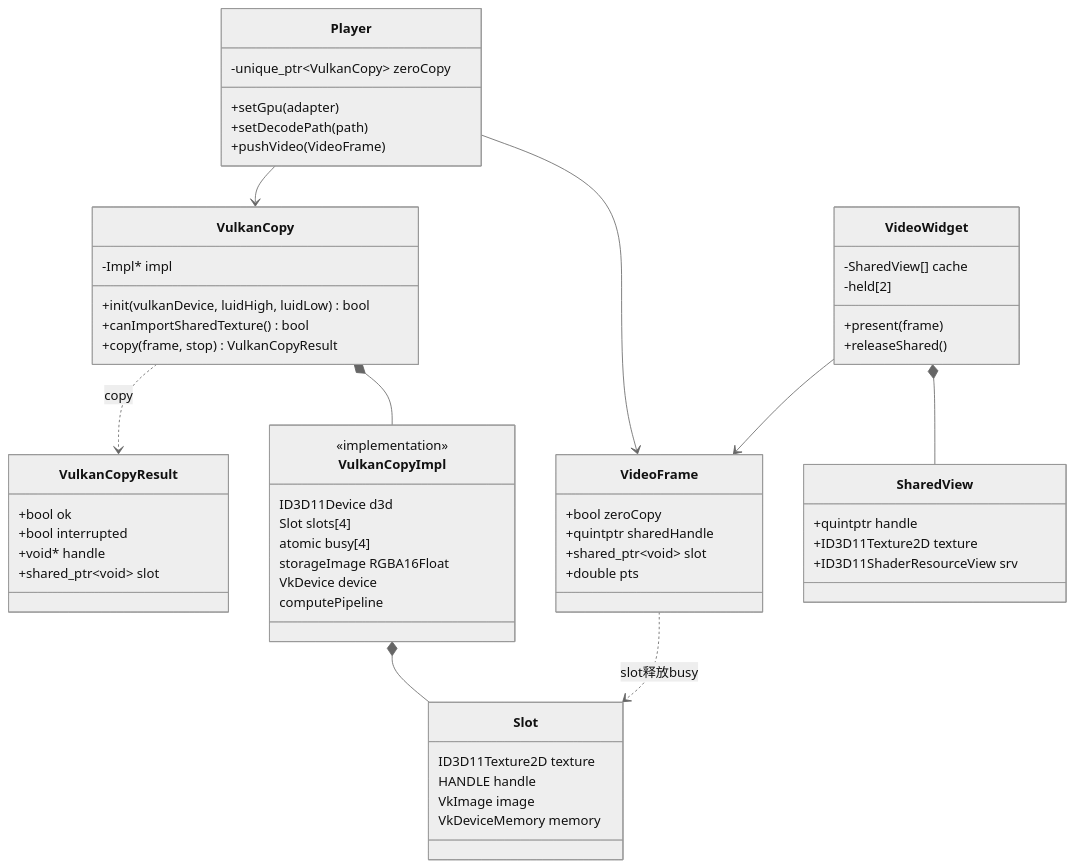
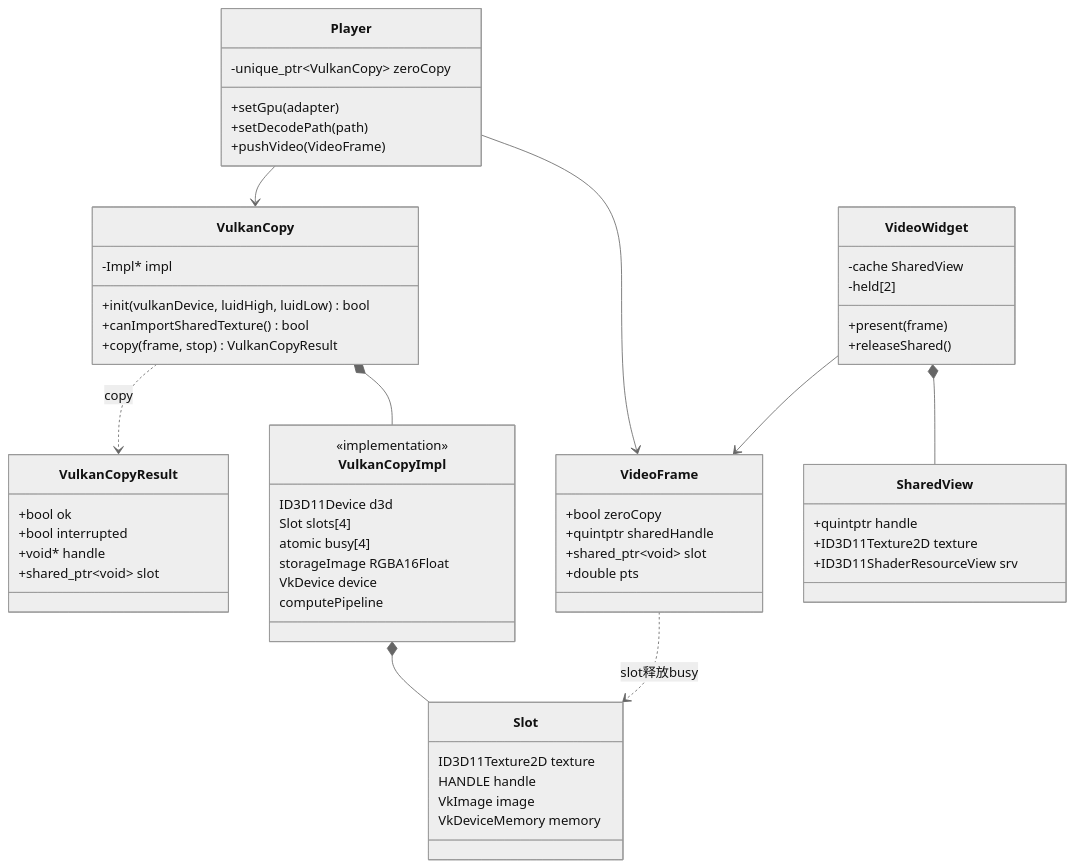
The seventh of 7 diagrams in docs/开发文档.md (LoveCicada/ProRes), drawn with Mermaid (neutral theme) before and after one commit. The commit also changed other lines of this file, not shown here.

Commit message:
修复开发文档时序图在 GitHub 上因 Loop 参与者名无法渲染的问题。

````diff
--- a/docs/开发文档.md
+++ b/docs/开发文档.md
@@ -357,69 +357,69 @@
 ```mermaid
 classDiagram
     class Player {
         -unique_ptr~VulkanCopy~ zeroCopy
         +setGpu(adapter)
         +setDecodePath(path)
         +pushVideo(VideoFrame)
     }
 
     class VulkanCopy {
         +init(vulkanDevice, luidHigh, luidLow) bool
         +canImportSharedTexture() bool
         +copy(frame, stop) VulkanCopyResult
         -Impl* impl
     }
 
     class VulkanCopyResult {
         +bool ok
         +bool interrupted
         +void* handle
         +shared_ptr~void~ slot
     }
 
     class VulkanCopyImpl {
         <<implementation>>
         ID3D11Device d3d
         Slot slots[4]
         atomic busy[4]
         storageImage RGBA16Float
         VkDevice device
         computePipeline
     }
 
     class Slot {
         ID3D11Texture2D texture
         HANDLE handle
         VkImage image
         VkDeviceMemory memory
     }
 
     class VideoFrame {
         +bool zeroCopy
         +quintptr sharedHandle
         +shared_ptr~void~ slot
         +double pts
     }
 
     class VideoWidget {
         +present(frame)
         +releaseShared()
-        -SharedView[] cache
+        -cache SharedView
         -held[2]
     }
 
     class SharedView {
         +quintptr handle
         +ID3D11Texture2D texture
         +ID3D11ShaderResourceView srv
     }
 
     VulkanCopy *-- VulkanCopyImpl
     VulkanCopyImpl *-- Slot
     VulkanCopy ..> VulkanCopyResult : copy
     Player --> VulkanCopy
     Player --> VideoFrame
     VideoWidget --> VideoFrame
     VideoWidget *-- SharedView
     VideoFrame ..> Slot : slot释放busy
 ```
````
